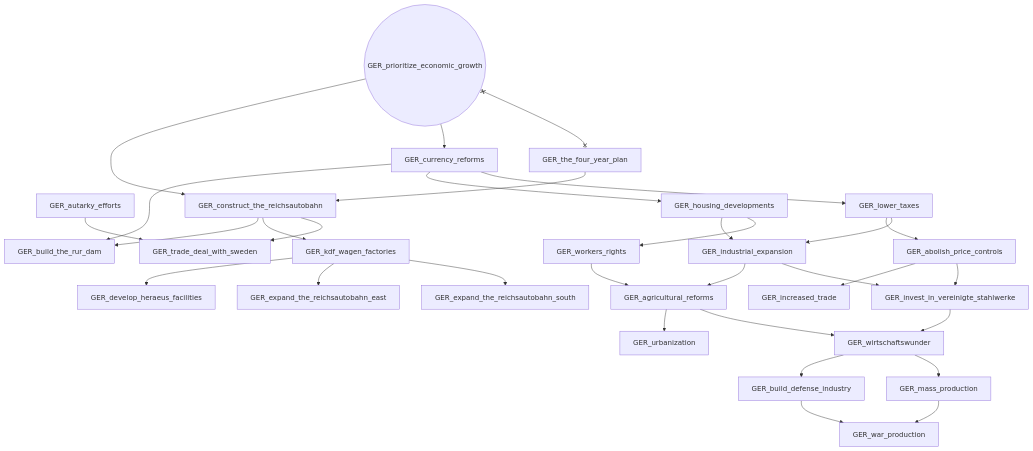
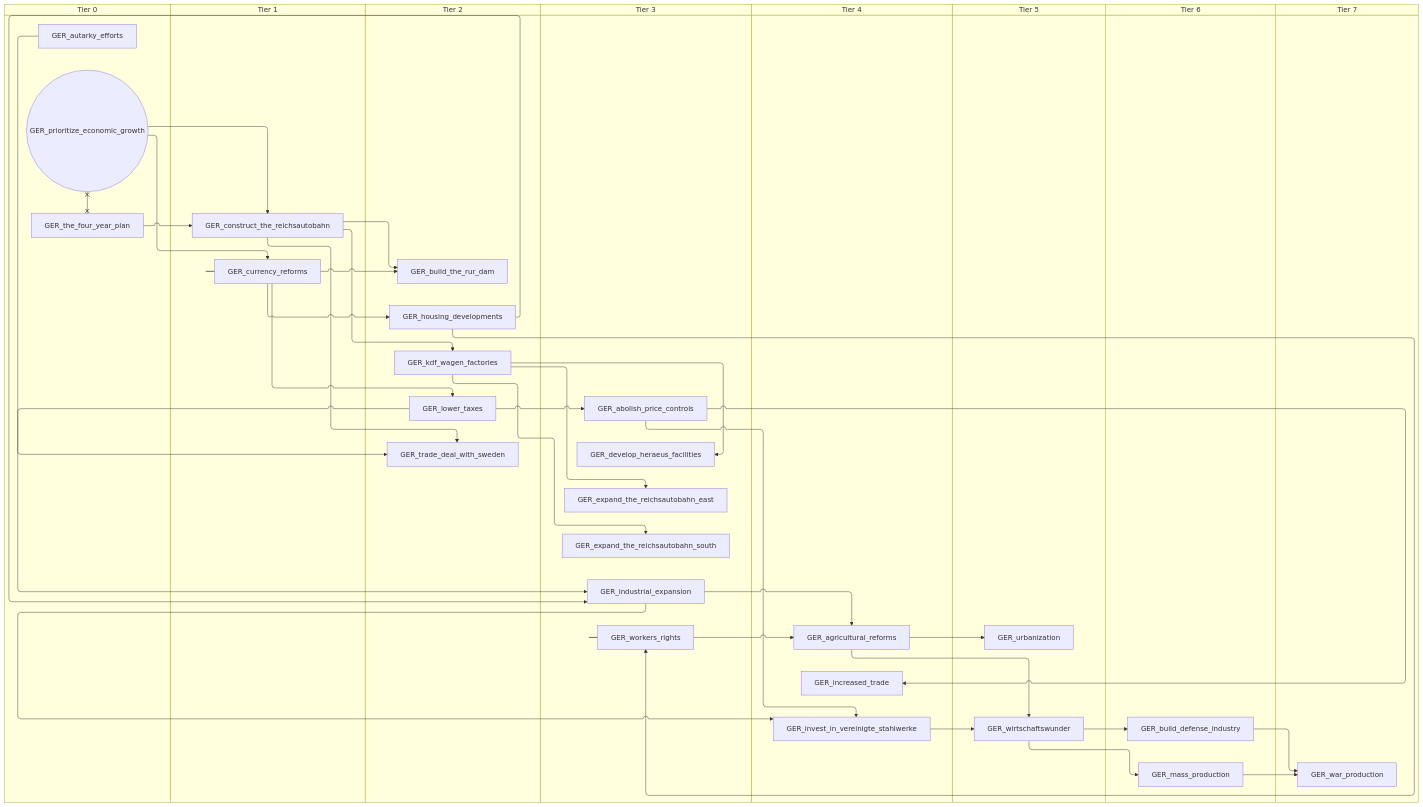
Before and after one commit to evgeny-sobol/hoi4-sandbox-mode: the fifth of 8 diagrams in docs/gdd/National Focuses/germany.md, drawn with Mermaid. The commit also changed other lines of this file and 80 other files, not shown here.

First line of the commit message:
Add swimlane mode to focus graph exporter

````diff
--- a/docs/gdd/National Focuses/germany.md
+++ b/docs/gdd/National Focuses/germany.md
@@ -698,57 +774,73 @@
 ```mermaid
-flowchart TD
-    n269["GER_abolish_price_controls"]
-    n270["GER_agricultural_reforms"]
-    n271["GER_autarky_efforts"]
-    n272["GER_build_defense_industry"]
-    n273["GER_build_the_rur_dam"]
-    n274["GER_construct_the_reichsautobahn"]
-    n275["GER_currency_reforms"]
-    n276["GER_develop_heraeus_facilities"]
-    n277["GER_expand_the_reichsautobahn_east"]
-    n278["GER_expand_the_reichsautobahn_south"]
-    n279["GER_housing_developments"]
-    n280["GER_increased_trade"]
-    n281["GER_industrial_expansion"]
-    n282["GER_invest_in_vereinigte_stahlwerke"]
-    n283["GER_kdf_wagen_factories"]
-    n284["GER_lower_taxes"]
-    n285["GER_mass_production"]
-    n286(("GER_prioritize_economic_growth"))
-    n287["GER_the_four_year_plan"]
-    n288["GER_trade_deal_with_sweden"]
-    n289["GER_urbanization"]
-    n290["GER_war_production"]
-    n291["GER_wirtschaftswunder"]
-    n292["GER_workers_rights"]
-    n284 --> n269
-    n281 --> n270
-    n292 --> n270
-    n291 --> n272
-    n274 --> n273
-    n275 --> n273
-    n286 --> n274
-    n287 --> n274
-    n286 --> n275
-    n283 --> n276
-    n283 --> n277
-    n283 --> n278
-    n275 --> n279
-    n269 --> n280
-    n279 --> n281
-    n284 --> n281
-    n281 --> n282
-    n269 --> n282
-    n274 --> n283
+swimlane-beta TD
+    subgraph tier_0["Tier 0"]
+        n269["GER_autarky_efforts"]
+        n270(("GER_prioritize_economic_growth"))
+        n271["GER_the_four_year_plan"]
+    end
+    subgraph tier_1["Tier 1"]
+        n272["GER_construct_the_reichsautobahn"]
+        n273["GER_currency_reforms"]
+    end
+    subgraph tier_2["Tier 2"]
+        n274["GER_build_the_rur_dam"]
+        n275["GER_housing_developments"]
+        n276["GER_kdf_wagen_factories"]
+        n277["GER_lower_taxes"]
+        n278["GER_trade_deal_with_sweden"]
+    end
+    subgraph tier_3["Tier 3"]
+        n279["GER_abolish_price_controls"]
+        n280["GER_develop_heraeus_facilities"]
+        n281["GER_expand_the_reichsautobahn_east"]
+        n282["GER_expand_the_reichsautobahn_south"]
+        n283["GER_industrial_expansion"]
+        n284["GER_workers_rights"]
+    end
+    subgraph tier_4["Tier 4"]
+        n285["GER_agricultural_reforms"]
+        n286["GER_increased_trade"]
+        n287["GER_invest_in_vereinigte_stahlwerke"]
+    end
+    subgraph tier_5["Tier 5"]
+        n288["GER_urbanization"]
+        n289["GER_wirtschaftswunder"]
+    end
+    subgraph tier_6["Tier 6"]
+        n290["GER_build_defense_industry"]
+        n291["GER_mass_production"]
+    end
+    subgraph tier_7["Tier 7"]
+        n292["GER_war_production"]
+    end
+    n277 --> n279
+    n283 --> n285
+    n284 --> n285
+    n289 --> n290
+    n272 --> n274
+    n273 --> n274
+    n270 --> n272
+    n271 --> n272
+    n270 --> n273
+    n276 --> n280
+    n276 --> n281
+    n276 --> n282
+    n273 --> n275
+    n279 --> n286
+    n275 --> n283
+    n277 --> n283
+    n283 --> n287
+    n279 --> n287
+    n272 --> n276
+    n273 --> n277
+    n289 --> n291
+    n272 --> n278
+    n269 --> n278
+    n285 --> n288
+    n291 --> n292
+    n290 --> n292
+    n287 --> n289
+    n285 --> n289
     n275 --> n284
-    n291 --> n285
-    n274 --> n288
-    n271 --> n288
-    n270 --> n289
-    n285 --> n290
-    n272 --> n290
-    n282 --> n291
-    n270 --> n291
-    n279 --> n292
-    n286 x--x n287
+    n270 x--x n271
 ```
````
